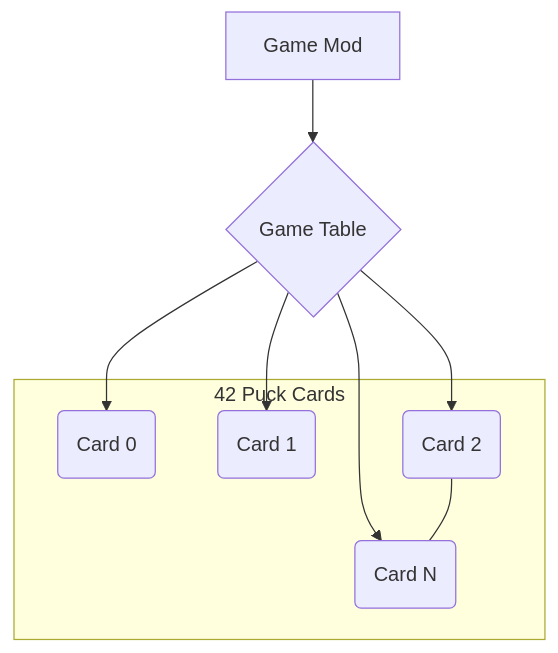
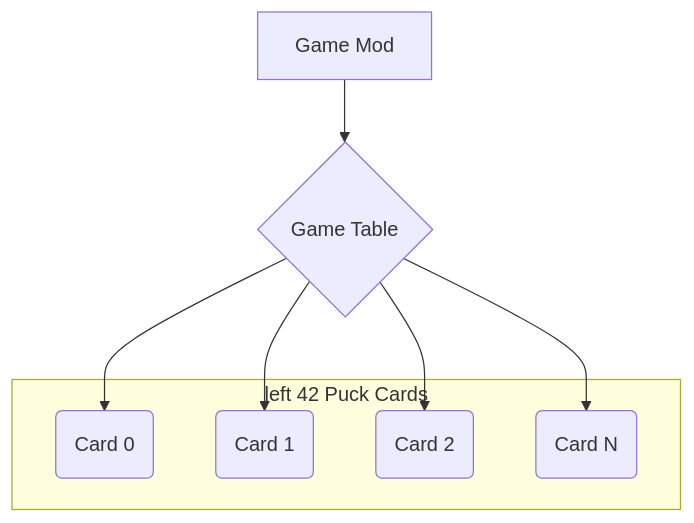
Before and after one commit to Jimmy888888/My_Solitaire_rewrite: the diagram in README.md, drawn with Mermaid.

````diff
--- a/README.md
+++ b/README.md
@@ -6,15 +6,14 @@
 ```mermaid
 graph TD
 A[Game Mod] -->B{Game Table}
 B -->C(Card 0)
 B -->D(Card 1)
 B -->E(Card 2)
 B -->F(Card N)
-E ---F
-subgraph 42 Puck Cards
+subgraph left 42 Puck Cards
 C
 D
 E
 F
 end
 ```
````
